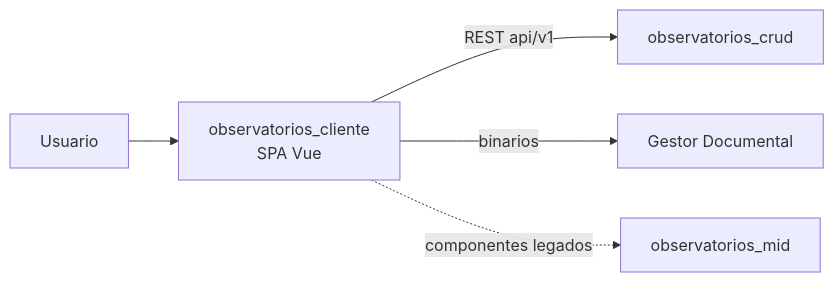
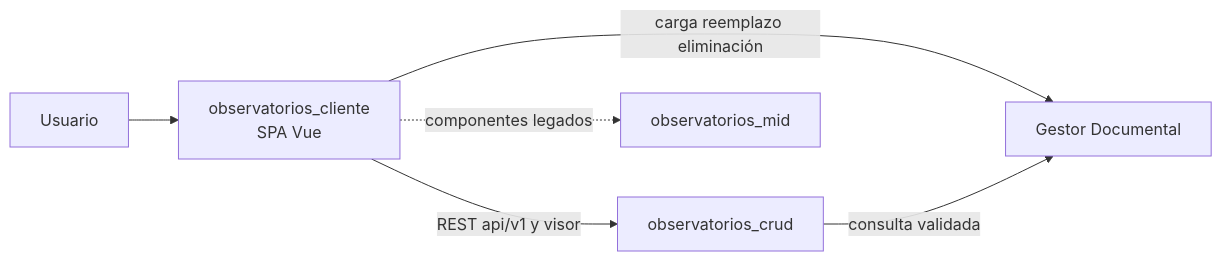
Before and after one commit to udistrital/observatorios_cliente: the diagram in docs/arquitectura_e_integraciones.md, drawn with Mermaid. The commit also changed other lines of this file and 27 other files, not shown here.

Commit message:
feat: Se capa el error permitia traer todos los documentos de nuxeo en Atlas  Refs: udistrital/observatorios_crud#116

````diff
--- a/docs/arquitectura_e_integraciones.md
+++ b/docs/arquitectura_e_integraciones.md
@@ -11,7 +11,8 @@
 ```mermaid
 flowchart LR
   U[Usuario] --> C[observatorios_cliente\nSPA Vue]
-  C -->|REST api/v1| CRUD[observatorios_crud]
-  C -->|binarios| GD[Gestor Documental]
+  C -->|REST api/v1 y visor| CRUD[observatorios_crud]
+  C -->|carga reemplazo eliminación| GD[Gestor Documental]
+  CRUD -->|consulta validada| GD
   C -.->|componentes legados| MID[observatorios_mid]
 ```
````
